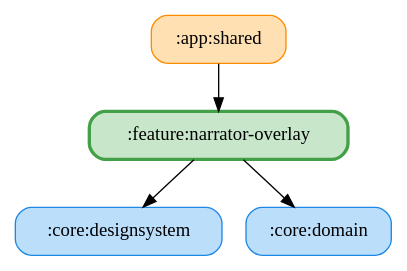
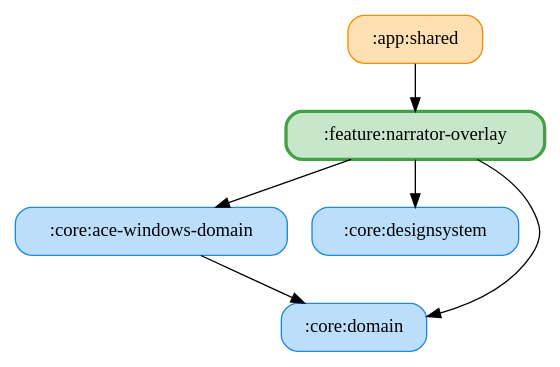
One commit to ai-kurou/KoDriver changed the diagram in docs/graphs/feature-narrator-overlay.gv. Above: the diagram before and after it, drawn with Graphviz. The commit also changed 17 other files, not shown here.

Commit message:
chore: update module graph images

```diff
--- a/docs/graphs/feature-narrator-overlay.gv
+++ b/docs/graphs/feature-narrator-overlay.gv
@@ -1,11 +1,14 @@
 digraph G {
   rankdir=TB
   node [shape=box, style="rounded,filled"]
   ":app:shared" [fillcolor="#FFE0B2", color="#FB8C00", penwidth=1]
+  ":core:ace-windows-domain" [fillcolor="#BBDEFB", color="#1E88E5", penwidth=1]
   ":core:designsystem" [fillcolor="#BBDEFB", color="#1E88E5", penwidth=1]
   ":core:domain" [fillcolor="#BBDEFB", color="#1E88E5", penwidth=1]
   ":feature:narrator-overlay" [fillcolor="#C8E6C9", color="#43A047", penwidth=2.5]
   ":app:shared" -> ":feature:narrator-overlay"
+  ":core:ace-windows-domain" -> ":core:domain"
   ":feature:narrator-overlay" -> ":core:domain"
   ":feature:narrator-overlay" -> ":core:designsystem"
+  ":feature:narrator-overlay" -> ":core:ace-windows-domain"
 }
```
